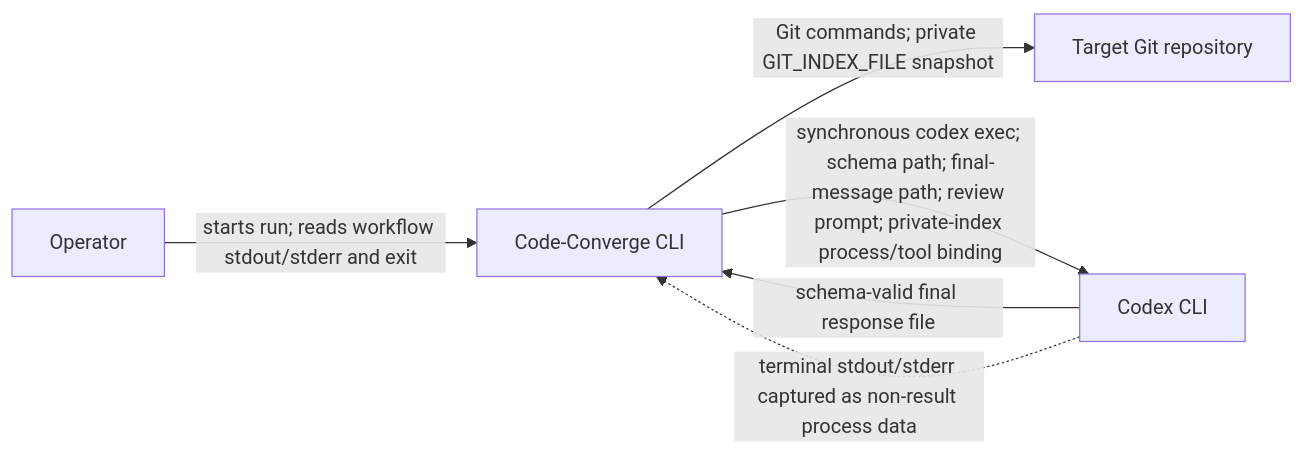
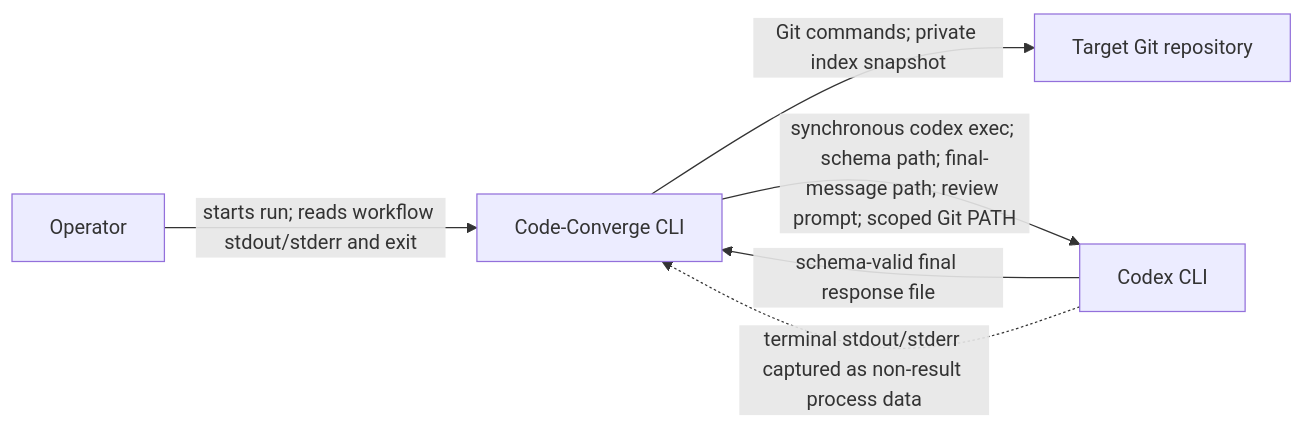
One commit to dapi/code-converge changed the diagram in memory-bank/features/FT-022/design.md. Above: the diagram before and after it, drawn with Mermaid. The commit also changed other lines of this file and 5 other files, not shown here.

Commit message:
Reconcile scoped review with structured results

````diff
--- a/memory-bank/features/FT-022/design.md
+++ b/memory-bank/features/FT-022/design.md
@@ -46,8 +46,8 @@
 ```mermaid
 flowchart LR
     Operator["Operator"] -->|"starts run; reads workflow stdout/stderr and exit"| CC["Code-Converge CLI"]
-    CC -->|"Git commands; private GIT_INDEX_FILE snapshot"| Repo["Target Git repository"]
-    CC -->|"synchronous codex exec; schema path; final-message path; review prompt; private-index process/tool binding"| Codex["Codex CLI"]
+    CC -->|"Git commands; private index snapshot"| Repo["Target Git repository"]
+    CC -->|"synchronous codex exec; schema path; final-message path; review prompt; scoped Git PATH"| Codex["Codex CLI"]
     Codex -->|"schema-valid final response file"| CC
     Codex -.->|"terminal stdout/stderr captured as non-result process data"| CC
 ```
````
